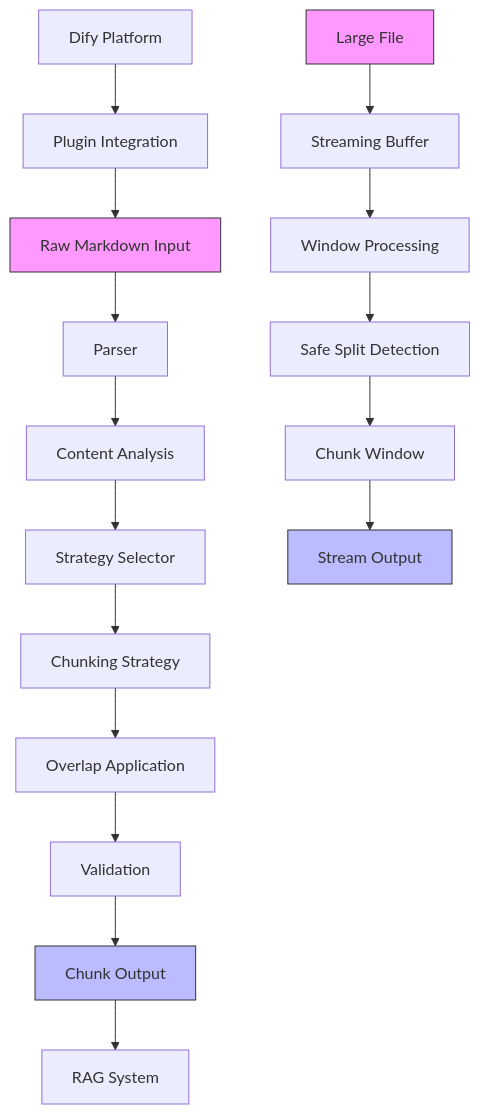
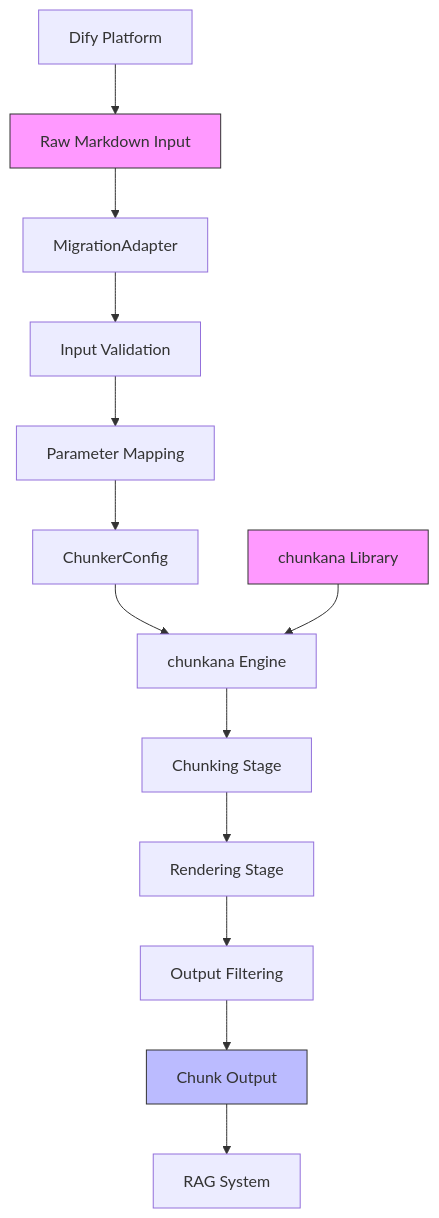
The second of 8 diagrams in .qoder/repowiki/en/content/Architecture/Architecture Overview.md (asukhodko/dify-markdown-chunker), drawn with Mermaid before and after one commit. The commit also changed other lines of this file and 6 other files, not shown here.

First line of the commit message:
feat(adapter): introduce migration adapter for chunkana integration

````diff
--- a/.qoder/repowiki/en/content/Architecture/Architecture Overview.md
+++ b/.qoder/repowiki/en/content/Architecture/Architecture Overview.md
@@ -116,22 +91,18 @@
 ```mermaid
 graph TD
-A[Raw Markdown Input] --> B[Parser]
-B --> C[Content Analysis]
-C --> D[Strategy Selector]
-D --> E[Chunking Strategy]
-E --> F[Overlap Application]
-F --> G[Validation]
-G --> H[Chunk Output]
-I[Dify Platform] --> J[Plugin Integration]
-J --> A
-H --> K[RAG System]
-L[Large File] --> M[Streaming Buffer]
-M --> N[Window Processing]
-N --> O[Safe Split Detection]
-O --> P[Chunk Window]
-P --> Q[Stream Output]
+A[Raw Markdown Input] --> B[MigrationAdapter]
+B --> C[Input Validation]
+C --> D[Parameter Mapping]
+D --> E[ChunkerConfig]
+E --> F[chunkana Engine]
+F --> G[Chunking Stage]
+G --> H[Rendering Stage]
+H --> I[Output Filtering]
+I --> J[Chunk Output]
+K[Dify Platform] --> A
+J --> L[RAG System]
+M[chunkana Library] --> F
 style A fill:#f9f,stroke:#333
-style H fill:#bbf,stroke:#333
-style L fill:#f9f,stroke:#333
-style Q fill:#bbf,stroke:#333
+style J fill:#bbf,stroke:#333
+style M fill:#f9f,stroke:#333
 ```
````
